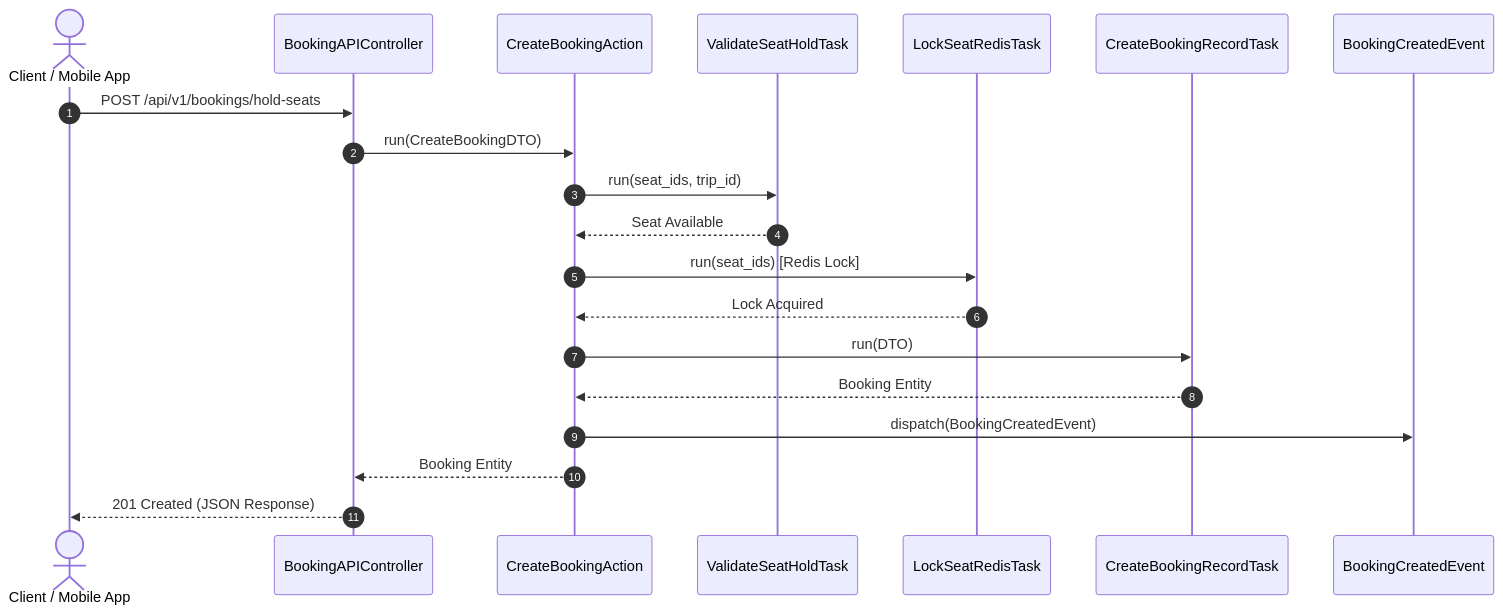
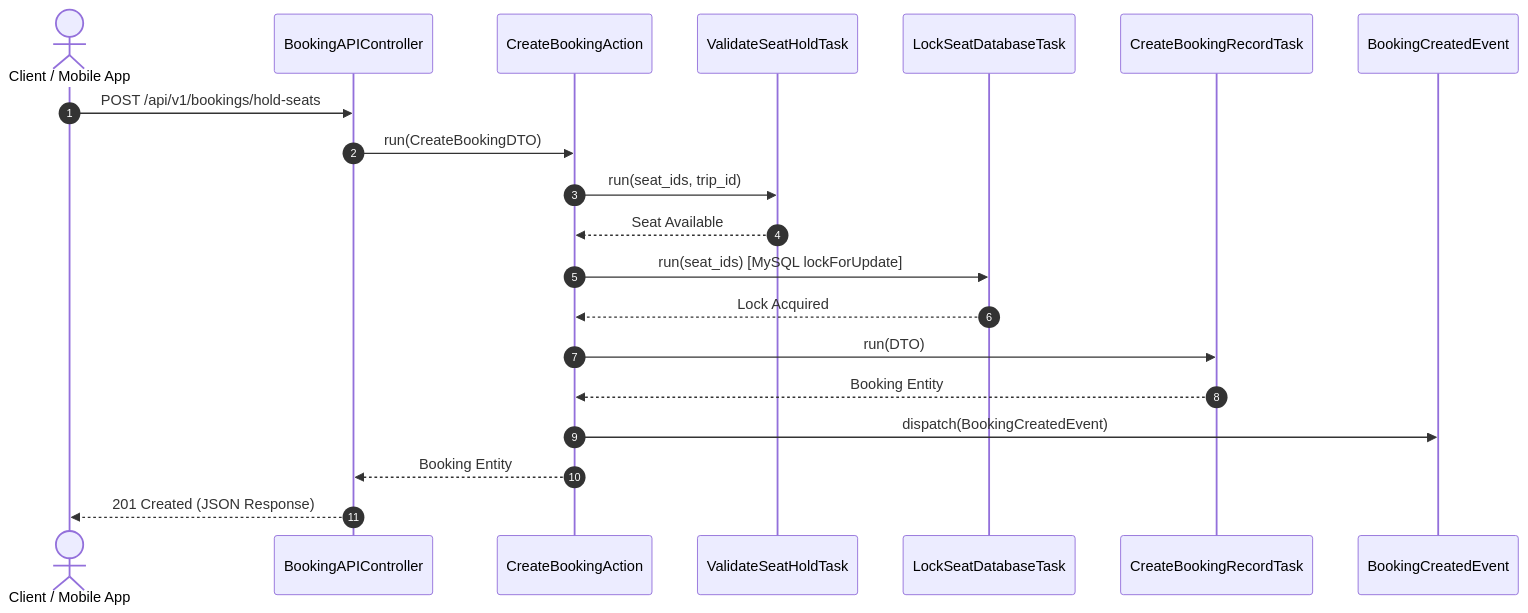
The diagram in content/docs/chuong-00-tong-quan-nghiep-vu-kien-truc/03-porto-container-architecture.mdx (tomone2kd000-ux/superdong-booking-system), drawn with Mermaid before and after one commit. The commit also changed 11 other files, not shown here.

Commit message:
fix: update tech stack to MySQL Lock and Database Queue, fix DEC-002 and DEC-003 to real business rules

````diff
--- a/content/docs/chuong-00-tong-quan-nghiep-vu-kien-truc/03-porto-container-architecture.mdx
+++ b/content/docs/chuong-00-tong-quan-nghiep-vu-kien-truc/03-porto-container-architecture.mdx
@@ -52,23 +52,23 @@
 ```mermaid
 sequenceDiagram
     autonumber
     actor Client as Client / Mobile App
     participant Ctrl as BookingAPIController
     participant Act as CreateBookingAction
     participant T1 as ValidateSeatHoldTask
-    participant T2 as LockSeatRedisTask
+    participant T2 as LockSeatDatabaseTask
     participant T3 as CreateBookingRecordTask
     participant Event as BookingCreatedEvent
 
     Client->>Ctrl: POST /api/v1/bookings/hold-seats
     Ctrl->>Act: run(CreateBookingDTO)
     Act->>T1: run(seat_ids, trip_id)
     T1-->>Act: Seat Available
-    Act->>T2: run(seat_ids) [Redis Lock]
+    Act->>T2: run(seat_ids) [MySQL lockForUpdate]
     T2-->>Act: Lock Acquired
     Act->>T3: run(DTO)
     T3-->>Act: Booking Entity
     Act->>Event: dispatch(BookingCreatedEvent)
     Act-->>Ctrl: Booking Entity
     Ctrl-->>Client: 201 Created (JSON Response)
 ```
````
